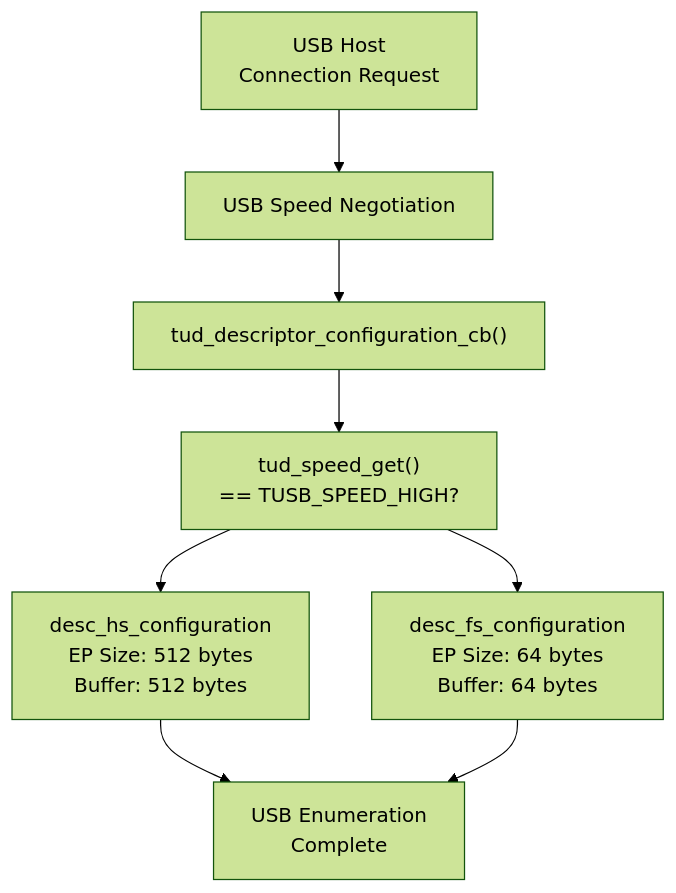
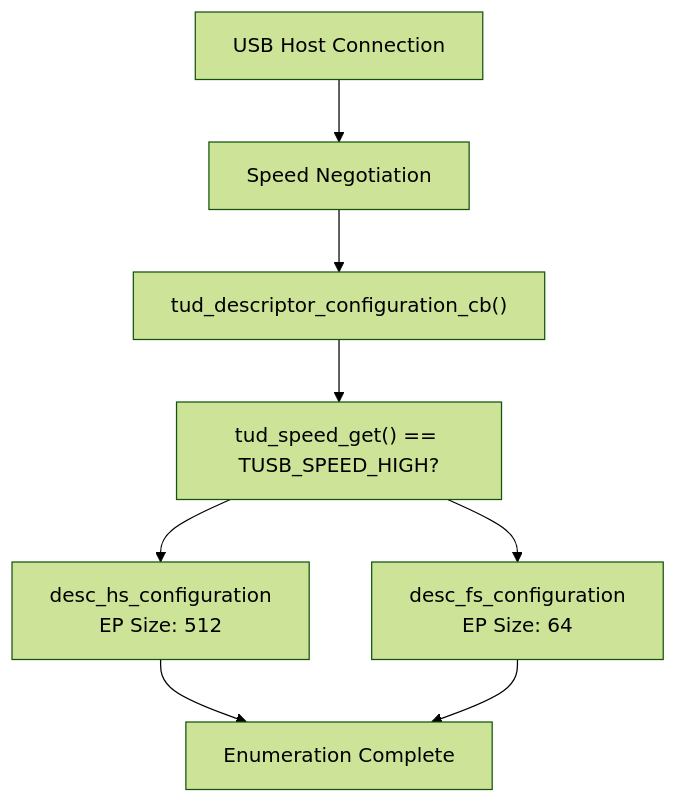
Before and after one commit to Jus-Be/orinayo-pico: the third of 4 diagrams in wiki/6.2-usb-midi-configuration.md, drawn with Mermaid (forest theme). The commit also changed other lines of this file and 42 other files, not shown here.

````diff
--- a/wiki/6.2-usb-midi-configuration.md
+++ b/wiki/6.2-usb-midi-configuration.md
@@ -315,19 +301,19 @@
 ```mermaid
 flowchart TD
 
-HOST["USB Host<br>Connection Request"]
-SPEED_NEG["USB Speed Negotiation"]
+HOST["USB Host Connection"]
+SPEED_NEG["Speed Negotiation"]
 CALLBACK["tud_descriptor_configuration_cb()"]
-CHECK["tud_speed_get()<br>== TUSB_SPEED_HIGH?"]
-FS_DESC["desc_fs_configuration<br>EP Size: 64 bytes<br>Buffer: 64 bytes"]
-HS_DESC["desc_hs_configuration<br>EP Size: 512 bytes<br>Buffer: 512 bytes"]
-ENUM["USB Enumeration<br>Complete"]
+CHECK["tud_speed_get() == TUSB_SPEED_HIGH?"]
+FS_DESC["desc_fs_configuration<br>EP Size: 64"]
+HS_DESC["desc_hs_configuration<br>EP Size: 512"]
+ENUM["Enumeration Complete"]
 
 HOST --> SPEED_NEG
 SPEED_NEG --> CALLBACK
 CALLBACK --> CHECK
 CHECK --> HS_DESC
 CHECK --> FS_DESC
 HS_DESC --> ENUM
 FS_DESC --> ENUM
 ```
````
